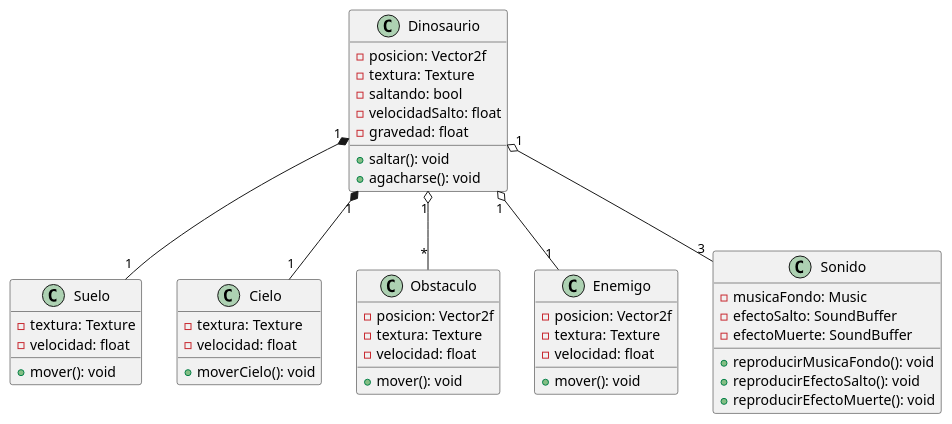
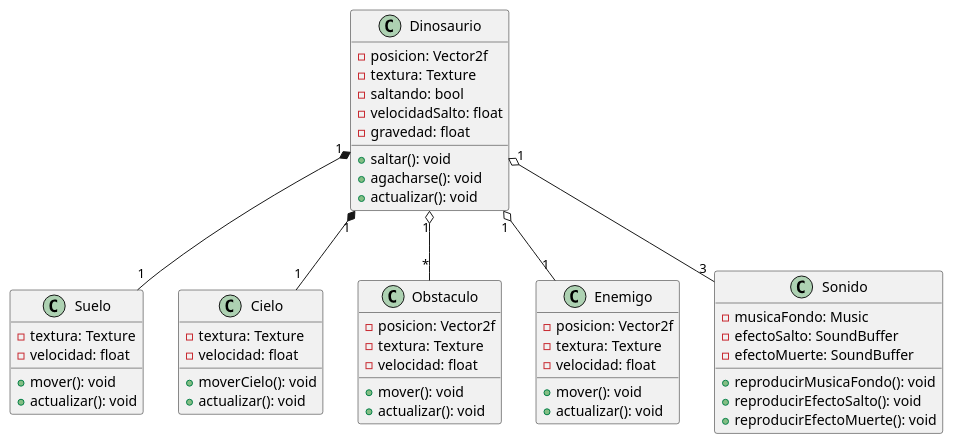
Before and after one commit to BENITEZ220/Proyecto: the diagram in docs/diagrama.puml, drawn with PlantUML. The commit also changed 2 other files, not shown here.

```diff
--- a/docs/diagrama.puml
+++ b/docs/diagrama.puml
@@ -1,56 +1,61 @@
 @startuml GameStructureDiagram
 
 class Dinosaurio {
     - posicion: Vector2f
     - textura: Texture
     - saltando: bool
     - velocidadSalto: float
     - gravedad: float
     + saltar(): void
     + agacharse(): void
+    + actualizar(): void
 }
 
-
-class Suelo{
+class Suelo {
     - textura: Texture
     - velocidad: float
     + mover(): void
+    + actualizar(): void
 }
 
-class Cielo{
+class Cielo {
     - textura: Texture
     - velocidad: float
     + moverCielo(): void
+    + actualizar(): void
 }
 
 class Obstaculo {
     - posicion: Vector2f
     - textura: Texture
     - velocidad: float
     + mover(): void
+    + actualizar(): void
 }
 
 class Enemigo {
     - posicion: Vector2f
     - textura: Texture
     - velocidad: float
     + mover(): void
+    + actualizar(): void
 }
 
 class Sonido {
     - musicaFondo: Music
     - efectoSalto: SoundBuffer
     - efectoMuerte: SoundBuffer
     + reproducirMusicaFondo(): void
     + reproducirEfectoSalto(): void
     + reproducirEfectoMuerte(): void
 }
 
+
 Dinosaurio "1" o-- "*" Obstaculo
 Dinosaurio "1" o-- "1" Enemigo
 Dinosaurio "1" *-- "1" Cielo
 Dinosaurio "1" *-- "1" Suelo
 Dinosaurio "1" o-- "3" Sonido
 
 
 @enduml
```
